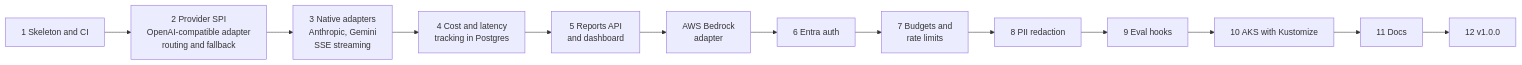
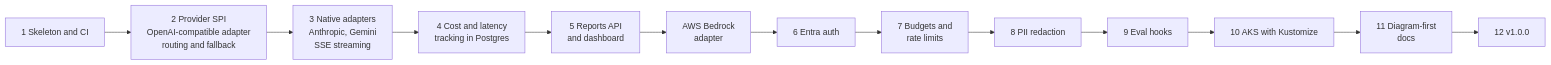
One commit to rmkr-dev/rag-eval-gateway changed the diagram in docs/roadmap.md. Above: the diagram before and after it, drawn with Mermaid. The commit also changed other lines of this file and 8 other files, not shown here.

First line of the commit message:
Add a diagram-first docs pass

````diff
--- a/docs/roadmap.md
+++ b/docs/roadmap.md
@@ -3,15 +3,15 @@
 ```mermaid
 flowchart LR
     A[1 Skeleton and CI] --> B[2 Provider SPI<br/>OpenAI-compatible adapter<br/>routing and fallback]
     B --> C[3 Native adapters<br/>Anthropic, Gemini<br/>SSE streaming]
     C --> D[4 Cost and latency<br/>tracking in Postgres]
     D --> E[5 Reports API<br/>and dashboard]
     E --> BR[AWS Bedrock<br/>adapter]
     BR --> F[6 Entra auth]
     F --> G[7 Budgets and<br/>rate limits]
     G --> H[8 PII redaction]
     H --> I[9 Eval hooks]
     I --> J[10 AKS with Kustomize]
-    J --> K[11 Docs]
+    J --> K[11 Diagram-first<br/>docs]
     K --> L[12 v1.0.0]
 ```
````
